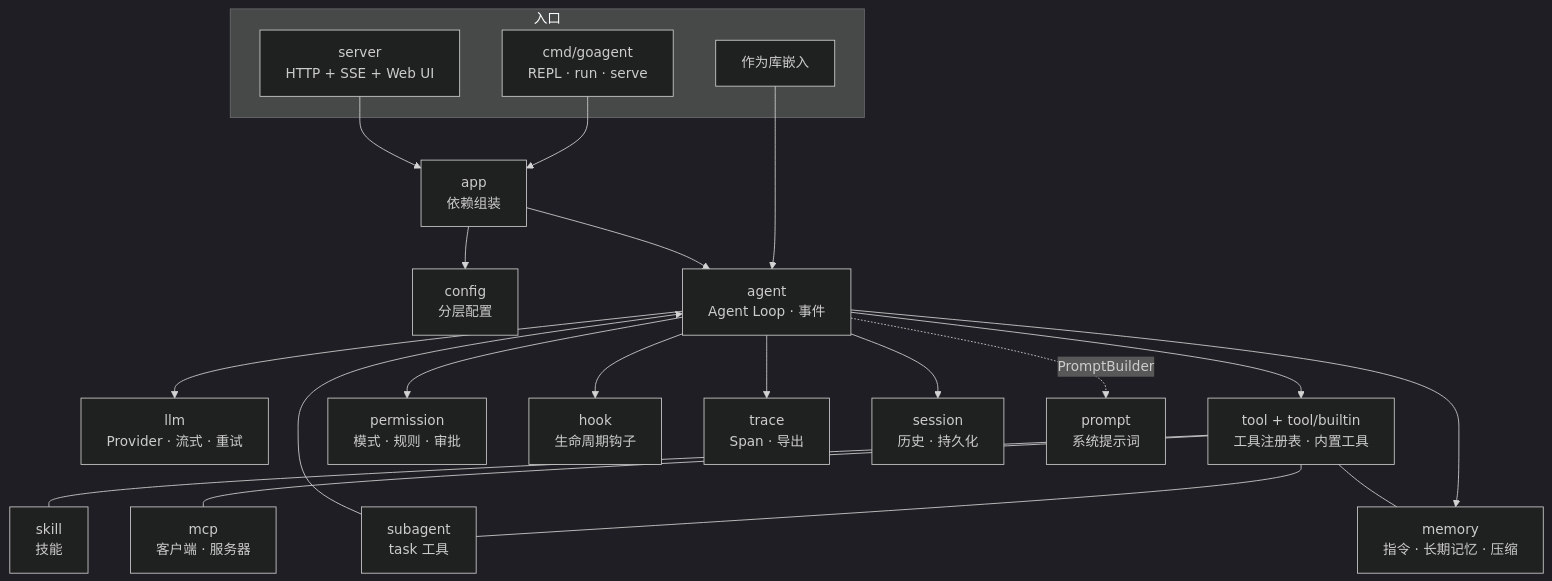
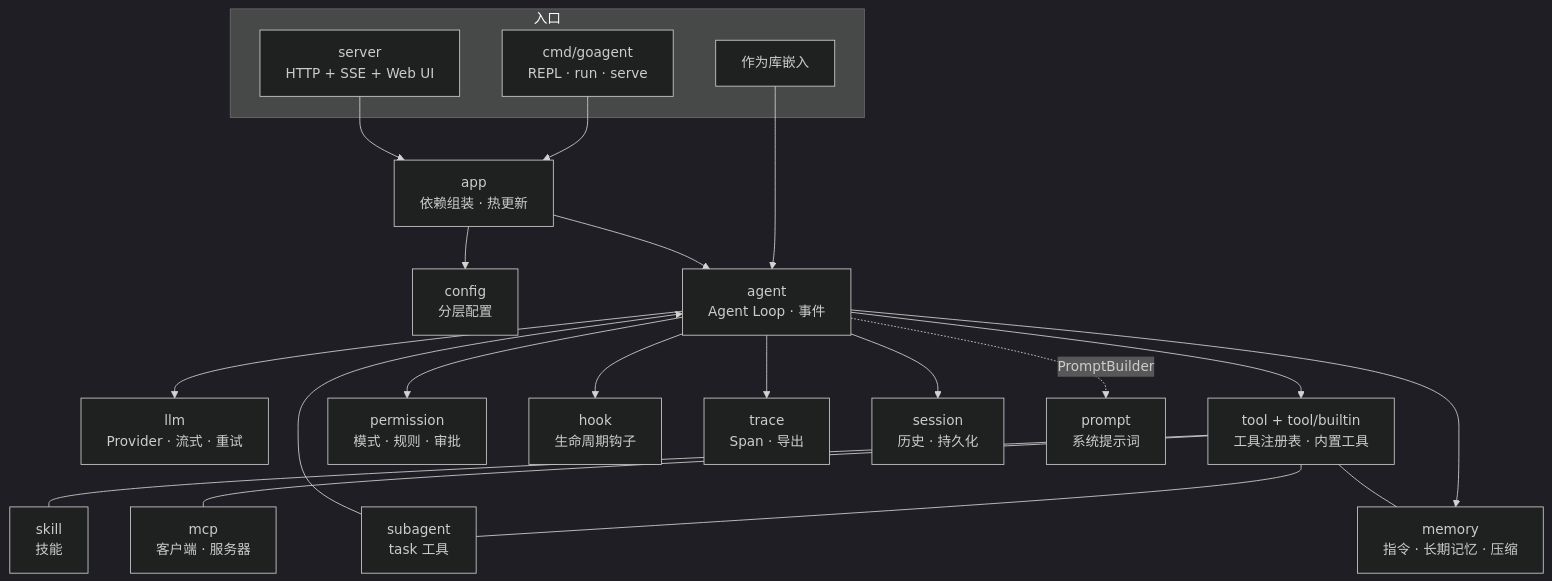
One commit to dmxj/goagent changed the first of 2 diagrams in docs/ARCHITECTURE.md. Above: the diagram before and after it, drawn with Mermaid (dark theme). The commit also changed other lines of this file and 61 other files, not shown here.

````diff
--- a/docs/ARCHITECTURE.md
+++ b/docs/ARCHITECTURE.md
@@ -8,41 +8,41 @@
 ```mermaid
 flowchart TB
     subgraph 入口
         CLI[cmd/goagent<br/>REPL · run · serve]
         HTTP[server<br/>HTTP + SSE + Web UI]
         LIB[作为库嵌入]
     end
-    APP[app<br/>依赖组装]
+    APP[app<br/>依赖组装 · 热更新]
     CFG[config<br/>分层配置]
     AG[agent<br/>Agent Loop · 事件]
     LLM[llm<br/>Provider · 流式 · 重试]
     TOOL[tool + tool/builtin<br/>工具注册表 · 内置工具]
     PERM[permission<br/>模式 · 规则 · 审批]
     HOOK[hook<br/>生命周期钩子]
     MEM[memory<br/>指令 · 长期记忆 · 压缩]
     SKILL[skill<br/>技能]
     SUB[subagent<br/>task 工具]
     MCP[mcp<br/>客户端 · 服务器]
     TR[trace<br/>Span · 导出]
     SESS[session<br/>历史 · 持久化]
     PR[prompt<br/>系统提示词]
 
     CLI --> APP
     HTTP --> APP
     LIB --> AG
     APP --> CFG
     APP --> AG
     AG --> LLM
     AG --> TOOL
     AG --> PERM
     AG --> HOOK
     AG --> MEM
     AG --> TR
     AG --> SESS
     AG -. PromptBuilder .-> PR
     TOOL --- SKILL
     TOOL --- SUB
     TOOL --- MCP
     TOOL --- MEM
     SUB --> AG
 ```
````
